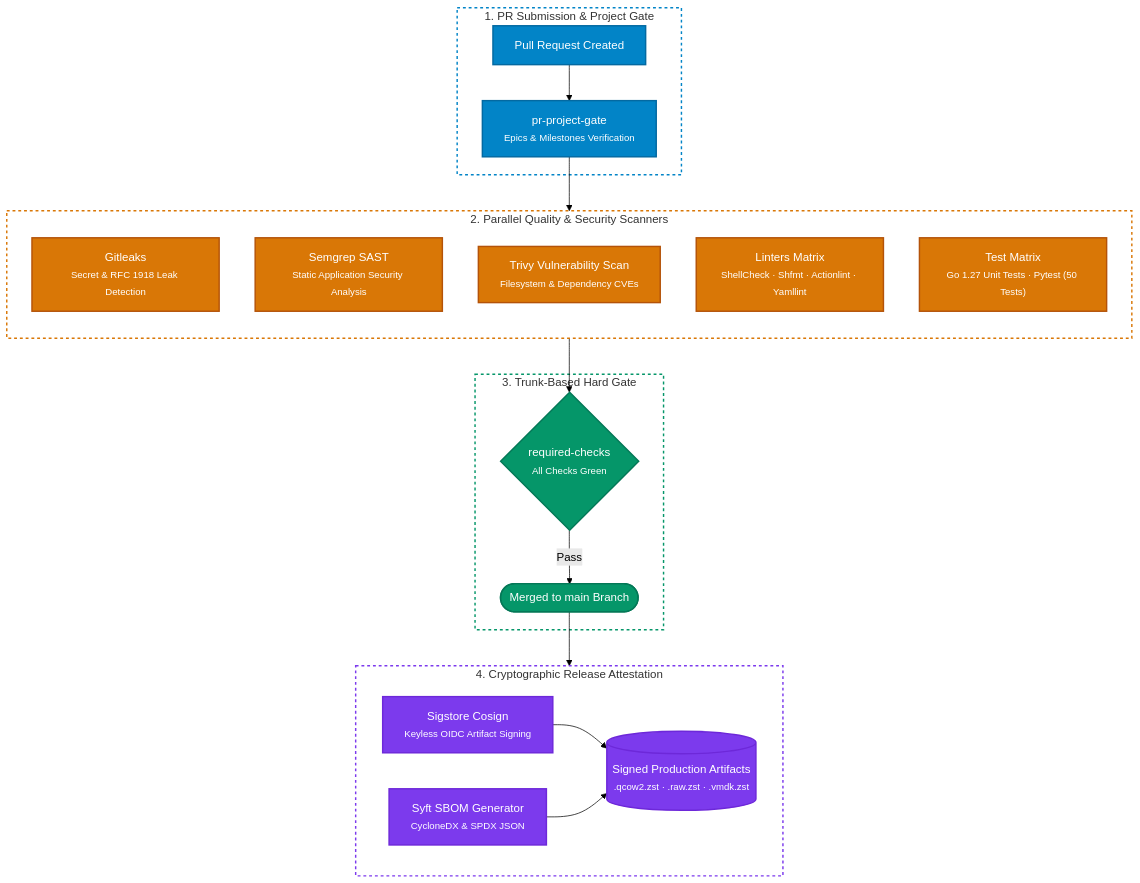
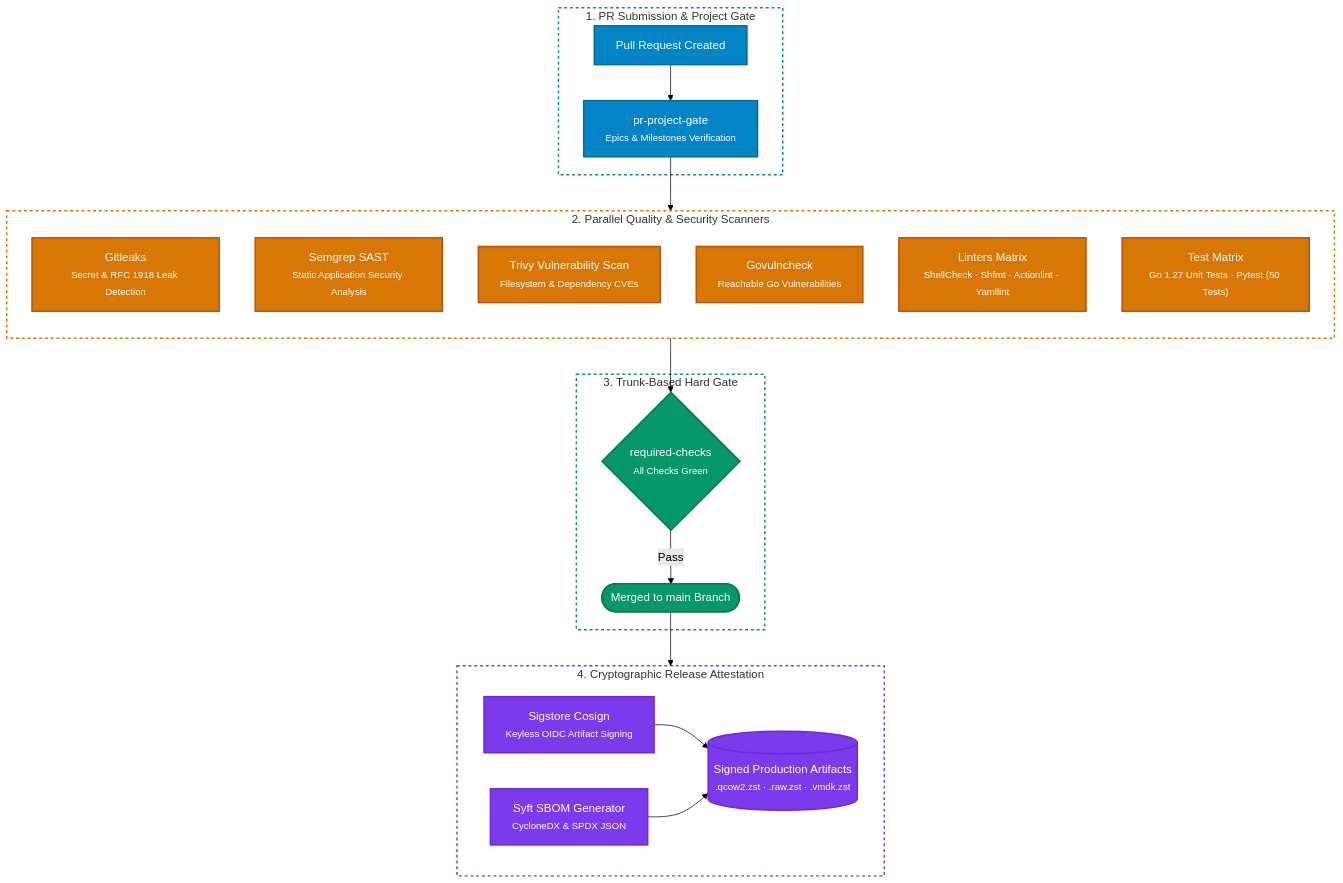
Before and after one commit to cordanaLLM/imago: the diagram in docs/security/supply-chain.md, drawn with Mermaid (forest theme). The commit also changed other lines of this file and 7 other files, not shown here.

First line of the commit message:
fix(ci): scan Go dependencies with govulncheck in CI

````diff
--- a/docs/security/supply-chain.md
+++ b/docs/security/supply-chain.md
@@ -34,45 +36,46 @@
 ```mermaid
 flowchart TD
     %% Semantic class definitions with vibrant, high-contrast jewel palettes
     classDef pr fill:#0284c7,stroke:#0369a1,stroke-width:2px,color:#ffffff
     classDef scan fill:#d97706,stroke:#b45309,stroke-width:2px,color:#ffffff
     classDef merge fill:#059669,stroke:#047857,stroke-width:2px,color:#ffffff
     classDef release fill:#7c3aed,stroke:#6d28d9,stroke-width:2px,color:#ffffff
 
     subgraph PRGate["1. PR Submission & Project Gate"]
         PR["Pull Request Created"]:::pr
         ProjectGate["pr-project-gate<br/><small>Epics & Milestones Verification</small>"]:::pr
         PR --> ProjectGate
     end
 
     subgraph SecurityScans["2. Parallel Quality & Security Scanners"]
         direction TB
         Gitleaks["Gitleaks<br/><small>Secret & RFC 1918 Leak Detection</small>"]:::scan
         Semgrep["Semgrep SAST<br/><small>Static Application Security Analysis</small>"]:::scan
         Trivy["Trivy Vulnerability Scan<br/><small>Filesystem & Dependency CVEs</small>"]:::scan
+        Govulncheck["Govulncheck<br/><small>Reachable Go Vulnerabilities</small>"]:::scan
         Linter["Linters Matrix<br/><small>ShellCheck · Shfmt · Actionlint · Yamllint</small>"]:::scan
         Tests["Test Matrix<br/><small>Go 1.27 Unit Tests · Pytest (50 Tests)</small>"]:::scan
     end
 
     subgraph MergeGate["3. Trunk-Based Hard Gate"]
         Aggregator{"required-checks<br/><small>All Checks Green</small>"}:::merge
         MainBranch(["Merged to main Branch"]):::merge
     end
 
     subgraph ReleaseChain["4. Cryptographic Release Attestation"]
         Cosign["Sigstore Cosign<br/><small>Keyless OIDC Artifact Signing</small>"]:::release
         Syft["Syft SBOM Generator<br/><small>CycloneDX & SPDX JSON</small>"]:::release
         Artifacts[("Signed Production Artifacts<br/><small>.qcow2.zst · .raw.zst · .vmdk.zst</small>")]:::release
         Cosign & Syft --> Artifacts
     end
 
     ProjectGate --> SecurityScans
     SecurityScans --> Aggregator
     Aggregator -->|Pass| MainBranch
     MainBranch --> ReleaseChain
 
     style PRGate fill:none,stroke:#0284c7,stroke-width:2px,stroke-dasharray: 4 4
     style SecurityScans fill:none,stroke:#d97706,stroke-width:2px,stroke-dasharray: 4 4
     style MergeGate fill:none,stroke:#059669,stroke-width:2px,stroke-dasharray: 4 4
     style ReleaseChain fill:none,stroke:#7c3aed,stroke-width:2px,stroke-dasharray: 4 4
 ```
````
